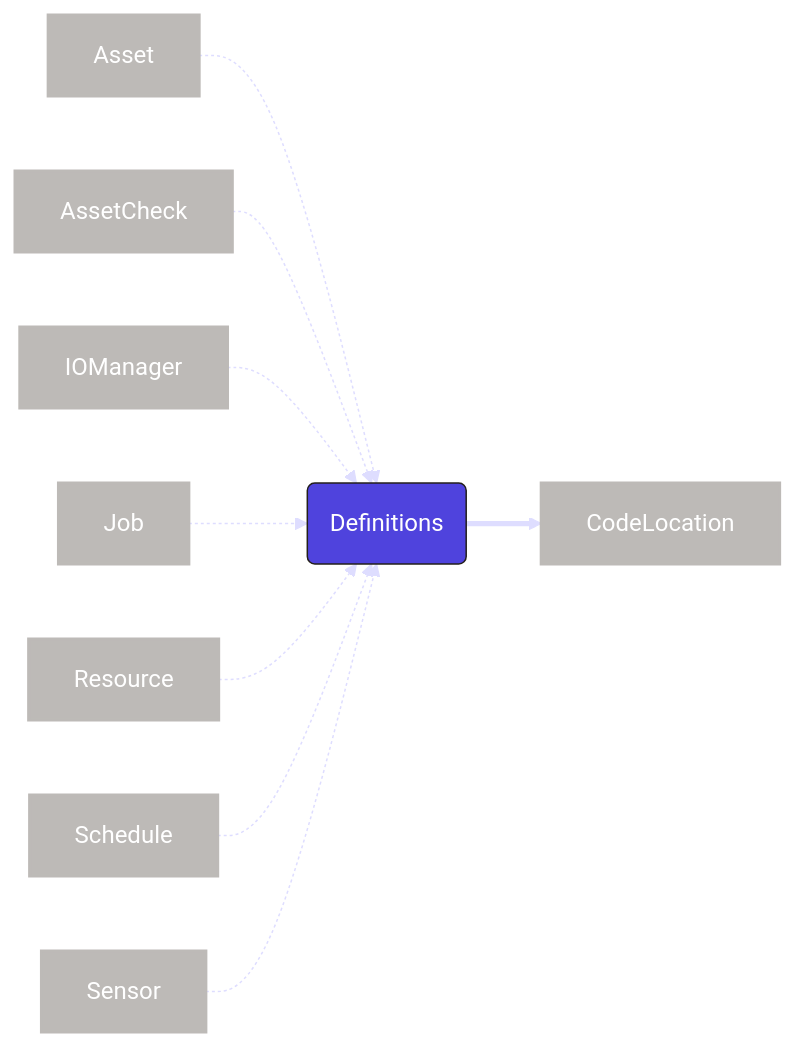
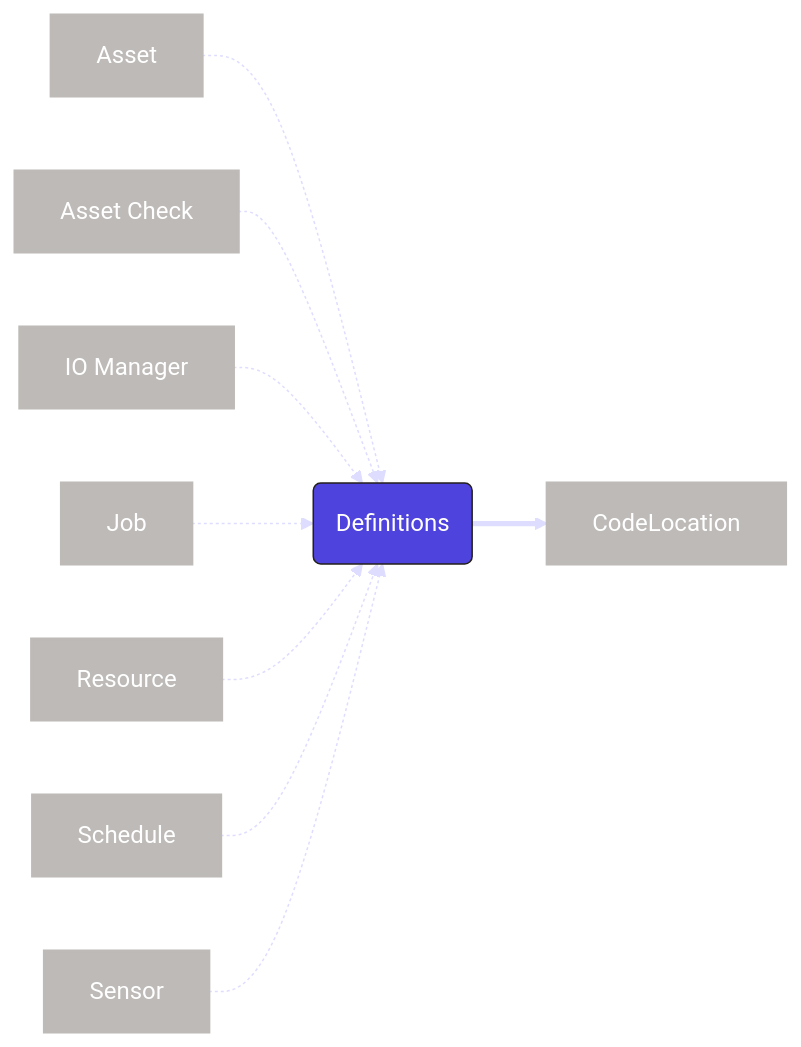
The eighth of 17 diagrams in docs/docs/getting-started/concepts.md (dagster-io/dagster), drawn with Mermaid before and after one commit. The commit also changed other lines of this file, not shown here.

Commit message:
Simplify concepts diagram

````diff
--- a/docs/docs/getting-started/concepts.md
+++ b/docs/docs/getting-started/concepts.md
@@ -364,37 +295,37 @@
 ```mermaid
 %%{
   init: {
     'theme': 'base',
     'themeVariables': {
       'primaryColor': '#4F43DD',
       'primaryTextColor': '#FFFFFF',
       'primaryBorderColor': '#231F1B',
       'lineColor': '#DEDDFF',
       'secondaryColor': '#BDBAB7',
       'tertiaryColor': '#FFFFFF'
     }
   }
 }%%
   graph LR
     style Job fill:#BDBAB7,stroke:#BDBAB7,stroke-width:2px
     style Schedule fill:#BDBAB7,stroke:#BDBAB7,stroke-width:2px
     style Asset fill:#BDBAB7,stroke:#BDBAB7,stroke-width:2px
     style Sensor fill:#BDBAB7,stroke:#BDBAB7,stroke-width:2px
     style IOManager fill:#BDBAB7,stroke:#BDBAB7,stroke-width:2px
     style Resource fill:#BDBAB7,stroke:#BDBAB7,stroke-width:2px
     style AssetCheck fill:#BDBAB7,stroke:#BDBAB7,stroke-width:2px
     style CodeLocation fill:#BDBAB7,stroke:#BDBAB7,stroke-width:2px
 
 
     Asset -.-> Definitions
-    AssetCheck -.-> Definitions
-    IOManager -.-> Definitions
+    AssetCheck[Asset Check] -.-> Definitions
+    IOManager[IO Manager] -.-> Definitions
     Job -.-> Definitions
     Resource -.-> Definitions
     Schedule -.-> Definitions
     Sensor -.-> Definitions
 
     Definitions(Definitions)
 
     Definitions ==> CodeLocation
 ```
````
